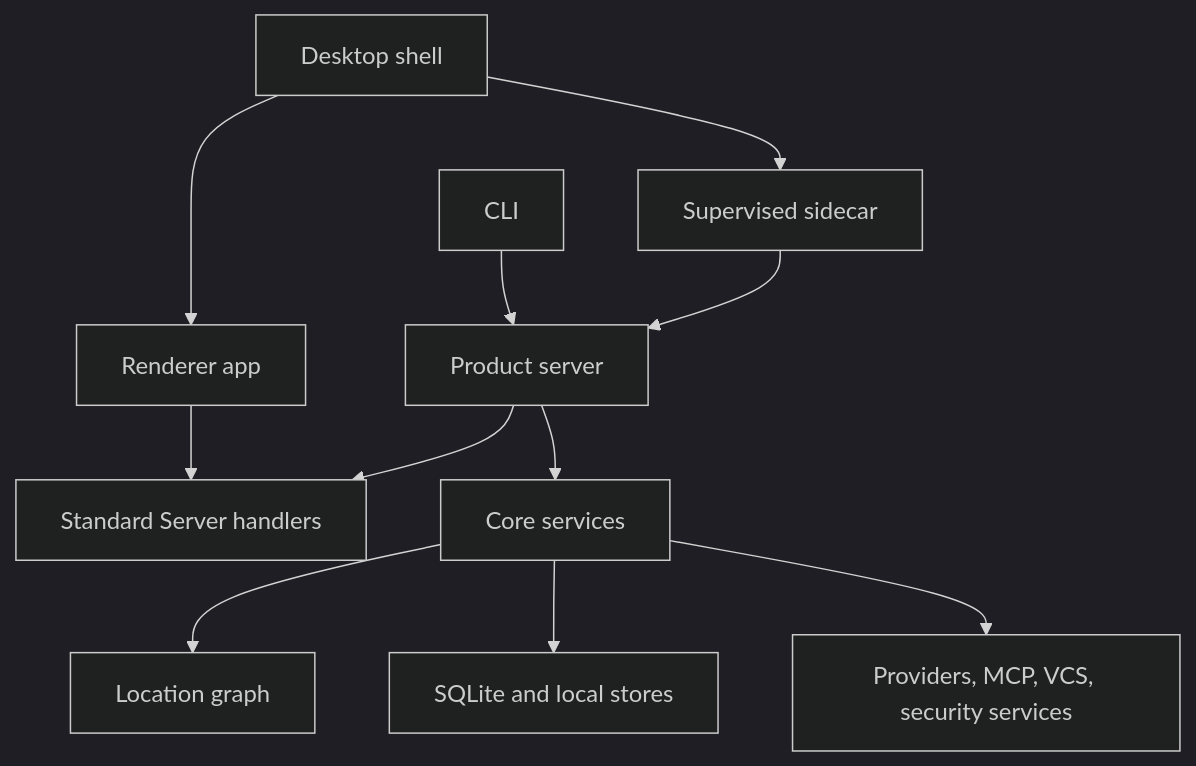
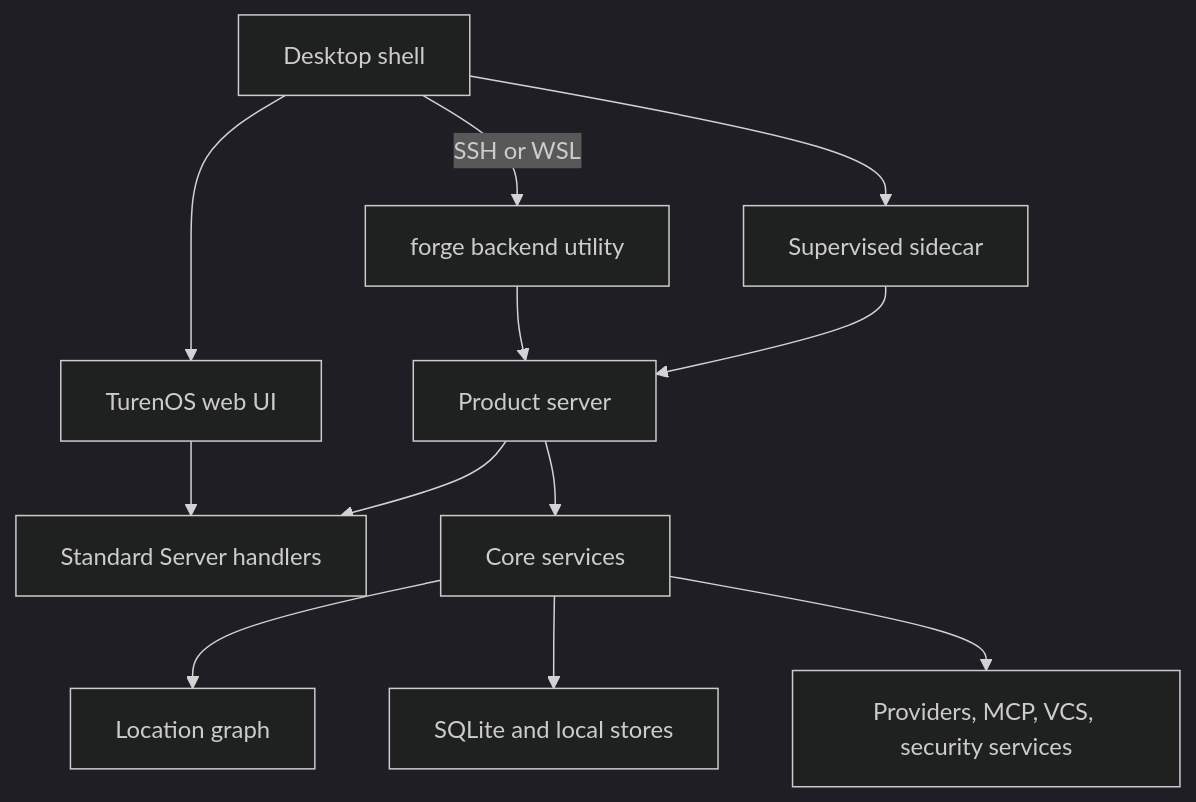
One commit to turenlabs/turenos changed the first of 4 diagrams in docs/systems.md. Above: the diagram before and after it, drawn with Mermaid (dark theme). The commit also changed other lines of this file and 137 other files, not shown here.

````diff
--- a/docs/systems.md
+++ b/docs/systems.md
@@ -13,24 +21,25 @@
 ```mermaid
 flowchart TB
     Desktop[Desktop shell]
-    Renderer[Renderer app]
+    Renderer[TurenOS web UI]
     Sidecar[Supervised sidecar]
-    CLI[CLI]
+    CLI[forge backend utility]
     Product[Product server]
     Standard[Standard Server handlers]
     Core[Core services]
     Location[Location graph]
     Store[SQLite and local stores]
     External[Providers, MCP, VCS, security services]
 
     Desktop --> Renderer
     Desktop --> Sidecar
+    Desktop -->|SSH or WSL| CLI
     Renderer --> Standard
     CLI --> Product
     Sidecar --> Product
     Product --> Standard
     Product --> Core
     Core --> Location
     Core --> Store
     Core --> External
 ```
````
